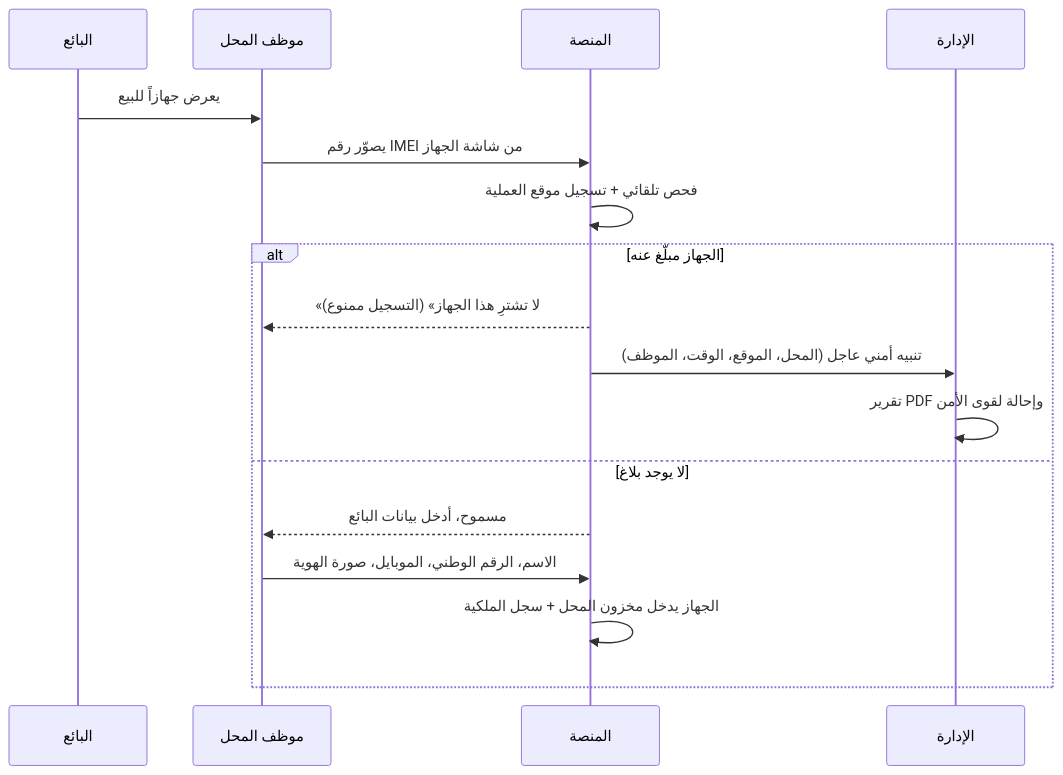
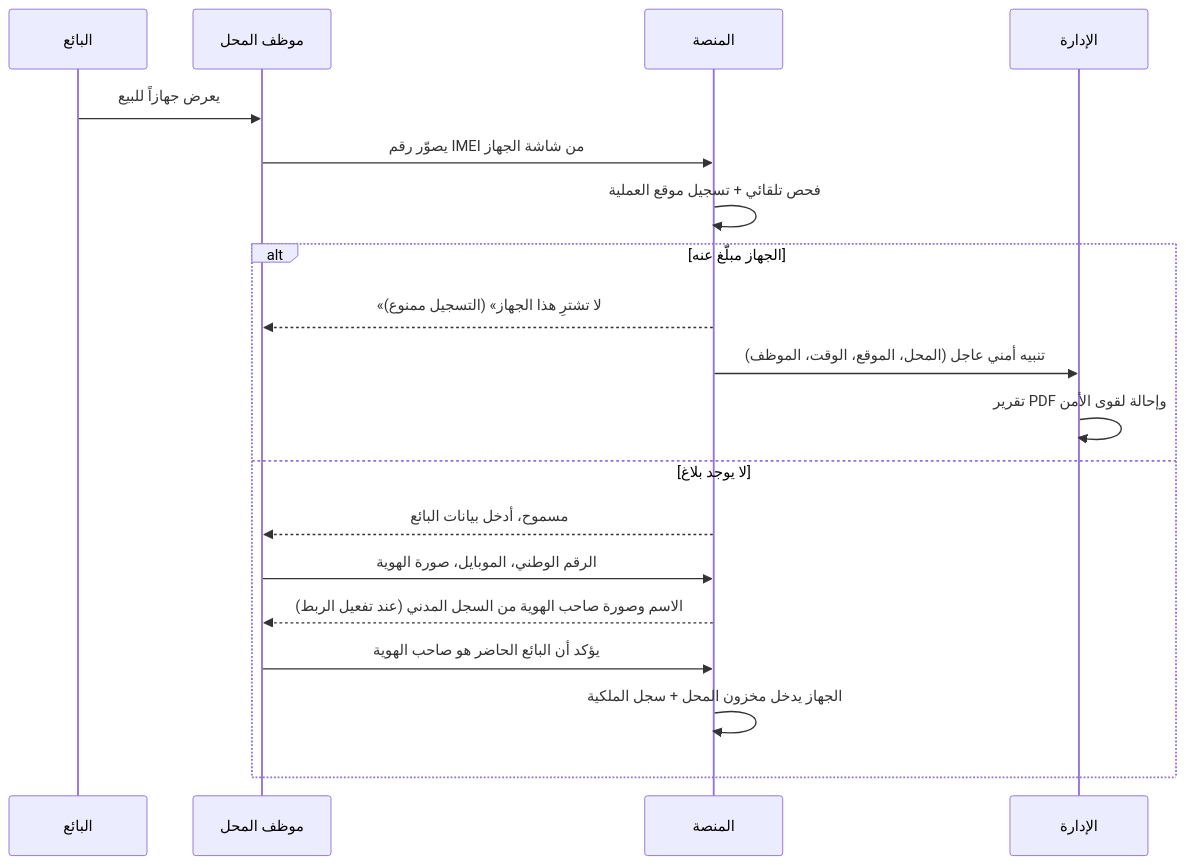
The second of 3 diagrams in docs/05-user-journeys.md (servacode/imei), drawn with Mermaid before and after one commit. The commit also changed other lines of this file and 10 other files, not shown here.

````diff
--- a/docs/05-user-journeys.md
+++ b/docs/05-user-journeys.md
@@ -88,19 +88,21 @@
 ```mermaid
 sequenceDiagram
     participant S as البائع
     participant M as موظف المحل
     participant P as المنصة
     participant A as الإدارة
     S->>M: يعرض جهازاً للبيع
     M->>P: يصوّر رقم IMEI من شاشة الجهاز
     P->>P: فحص تلقائي + تسجيل موقع العملية
     alt الجهاز مبلّغ عنه
         P-->>M: «لا تشترِ هذا الجهاز» (التسجيل ممنوع)
         P->>A: تنبيه أمني عاجل (المحل، الموقع، الوقت، الموظف)
         A->>A: تقرير PDF وإحالة لقوى الأمن
     else لا يوجد بلاغ
         P-->>M: مسموح، أدخل بيانات البائع
-        M->>P: الاسم، الرقم الوطني، الموبايل، صورة الهوية
+        M->>P: الرقم الوطني، الموبايل، صورة الهوية
+        P-->>M: الاسم وصورة صاحب الهوية من السجل المدني (عند تفعيل الربط)
+        M->>P: يؤكد أن البائع الحاضر هو صاحب الهوية
         P->>P: الجهاز يدخل مخزون المحل + سجل الملكية
     end
 ```
````
